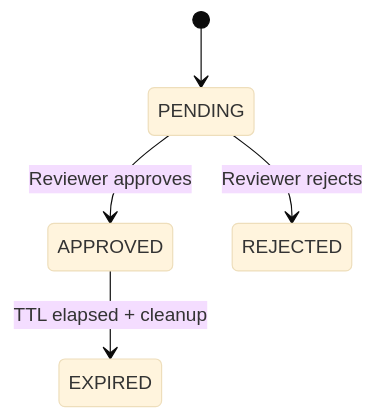
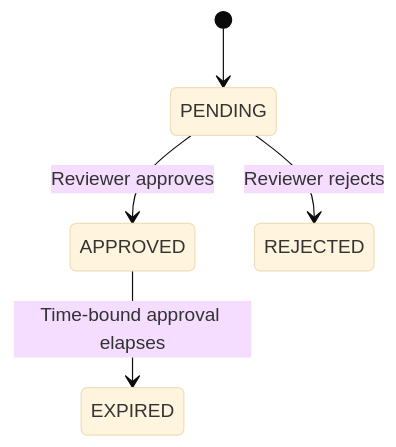
The second of 2 diagrams in docs-site/docs/platform/approvals.md (runagents-io/runagents), drawn with Mermaid (base theme) before and after one commit. The commit also changed other lines of this file and 14 other files, not shown here.

````diff
--- a/docs-site/docs/platform/approvals.md
+++ b/docs-site/docs/platform/approvals.md
@@ -72,7 +95,7 @@
 ```mermaid
 stateDiagram-v2
     [*] --> PENDING
     PENDING --> APPROVED: Reviewer approves
     PENDING --> REJECTED: Reviewer rejects
-    APPROVED --> EXPIRED: TTL elapsed + cleanup
+    APPROVED --> EXPIRED: Time-bound approval elapses
 ```
````
